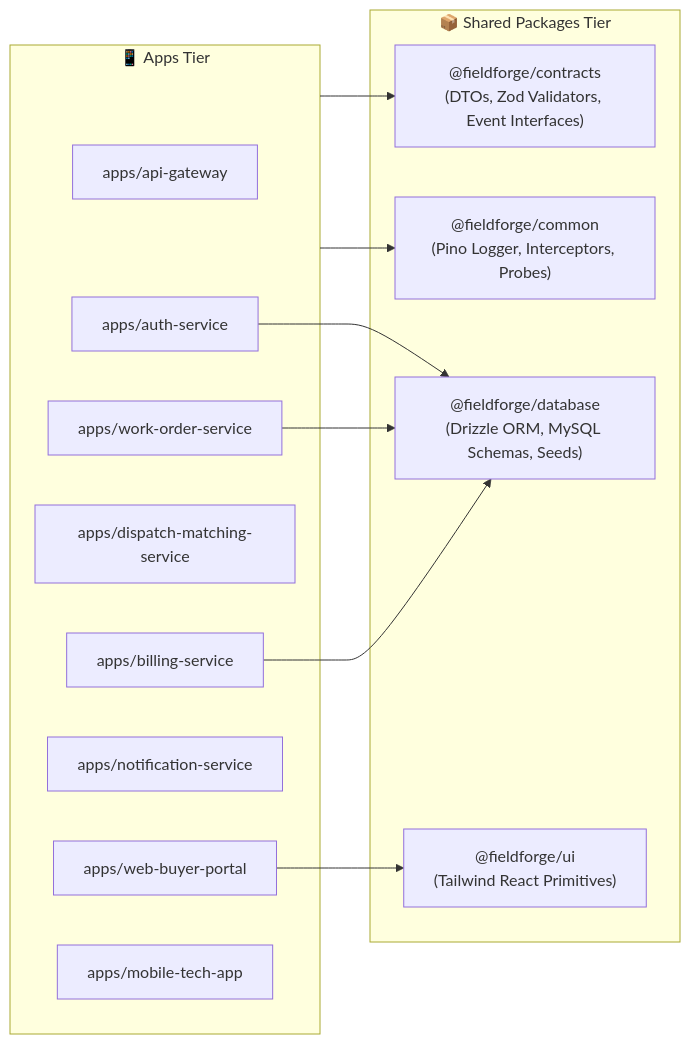
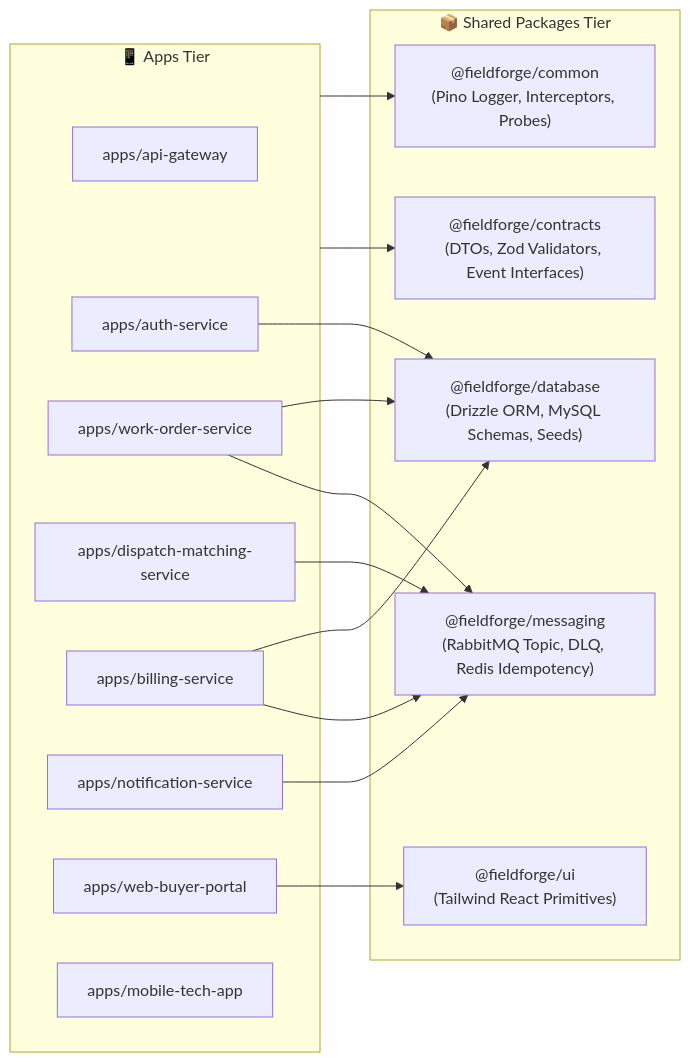
One commit to satya-ranjon/FieldForge changed the fourth of 5 diagrams in README.md. Above: the diagram before and after it, drawn with Mermaid. The commit also changed other lines of this file and 42 other files, not shown here.

````diff
--- a/README.md
+++ b/README.md
@@ -297,27 +309,32 @@
 ```mermaid
 graph LR
     subgraph Apps[" 📱 Apps Tier "]
         APIGW["apps/api-gateway"]
         AuthSvc["apps/auth-service"]
         WOSvc["apps/work-order-service"]
         DispSvc["apps/dispatch-matching-service"]
         BillSvc["apps/billing-service"]
         NotifSvc["apps/notification-service"]
         WebPortal["apps/web-buyer-portal"]
         MobileApp["apps/mobile-tech-app"]
     end
 
     subgraph Packages[" 📦 Shared Packages Tier "]
         Contracts["@fieldforge/contracts<br/>(DTOs, Zod Validators, Event Interfaces)"]
         Database["@fieldforge/database<br/>(Drizzle ORM, MySQL Schemas, Seeds)"]
         Common["@fieldforge/common<br/>(Pino Logger, Interceptors, Probes)"]
+        Messaging["@fieldforge/messaging<br/>(RabbitMQ Topic, DLQ, Redis Idempotency)"]
         UI["@fieldforge/ui<br/>(Tailwind React Primitives)"]
     end
 
     Apps --> Contracts
     Apps --> Common
+    WOSvc --> Messaging
+    DispSvc --> Messaging
+    BillSvc --> Messaging
+    NotifSvc --> Messaging
     AuthSvc --> Database
     WOSvc --> Database
     BillSvc --> Database
     WebPortal --> UI
 ```
````
